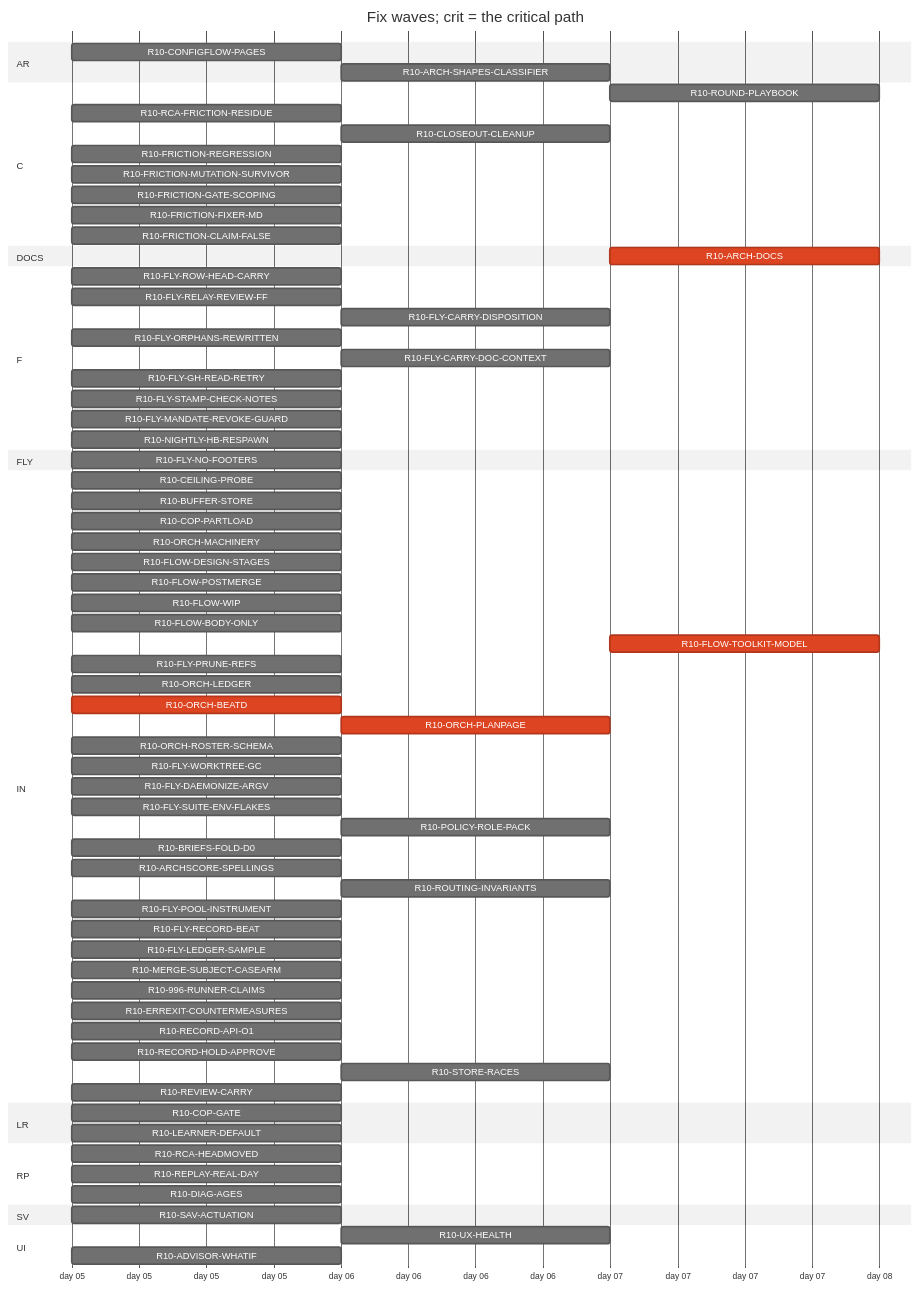
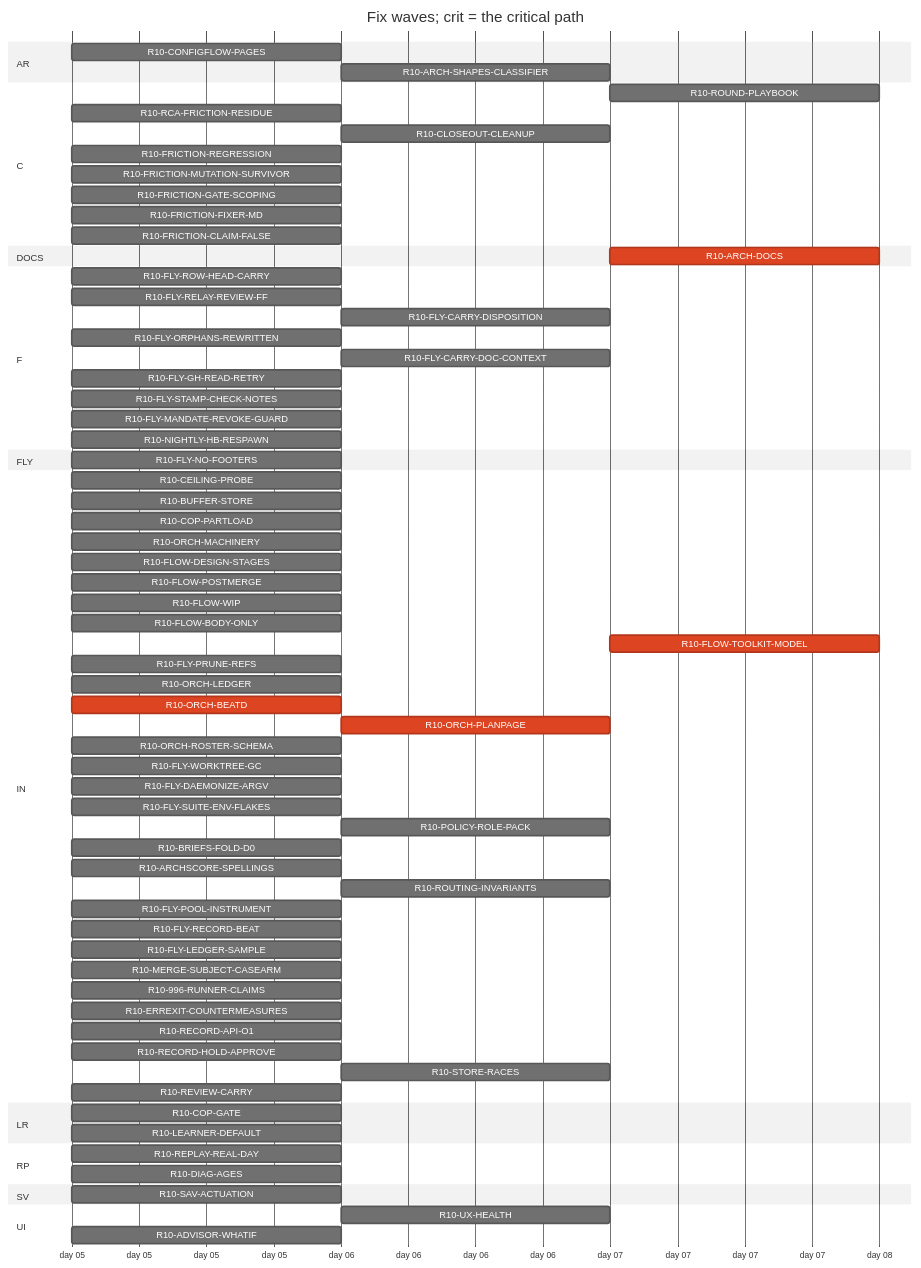
The diagram in handoff/round10/state/PLAN-TABLE.md (tvofi/heatpump_optimizer), drawn with Mermaid (neutral theme) before and after one commit. The commit also changed other lines of this file and 3 other files, not shown here.

Commit message:
state: FLOW-BOARD.md, NEXT-SESSION-PROMPT.md, PLAN-TABLE.md, RESUME-CURRENT.md regenerated (state_docs.py)

````diff
--- a/handoff/round10/state/PLAN-TABLE.md
+++ b/handoff/round10/state/PLAN-TABLE.md
@@ -23,76 +23,75 @@
 ```mermaid
 gantt
   title Fix waves; crit = the critical path
   dateFormat YYYY-MM-DD
   axisFormat day %d
   section AR
     R10-CONFIGFLOW-PAGES :r10CONFIGFLOWPAGES, 2026-01-05, 1d
     R10-ARCH-SHAPES-CLASSIFIER :r10ARCHSHAPESCLASSIFIER, after r10996RUNNERCLAIMS, 1d
   section C
     R10-ROUND-PLAYBOOK :r10ROUNDPLAYBOOK, after r10ORCHLEDGER r10ORCHBEATD r10ORCHPLANPAGE r10FLYRELAYREVIEWFF r10FLOWBODYONLY, 1d
     R10-RCA-FRICTION-RESIDUE :r10RCAFRICTIONRESIDUE, 2026-01-05, 1d
     R10-CLOSEOUT-CLEANUP :r10CLOSEOUTCLEANUP, after r10FLYPRUNEREFS r10FLYWORKTREEGC, 1d
     R10-FRICTION-REGRESSION :r10FRICTIONREGRESSION, 2026-01-05, 1d
     R10-FRICTION-MUTATION-SURVIVOR :r10FRICTIONMUTATIONSURVIVOR, 2026-01-05, 1d
     R10-FRICTION-GATE-SCOPING :r10FRICTIONGATESCOPING, 2026-01-05, 1d
     R10-FRICTION-FIXER-MD :r10FRICTIONFIXERMD, 2026-01-05, 1d
     R10-FRICTION-CLAIM-FALSE :r10FRICTIONCLAIMFALSE, 2026-01-05, 1d
   section DOCS
-    R10-ARCH-DOCS :crit, r10ARCHDOCS, after r10COPGATE r10UXHEALTH r10CONFIGFLOWPAGES r10RCAHEADMOVED r10CEILINGPROBE r10BUFFERSTORE r10COPPARTLOAD r10LEARNERDEFAULT r10FLOWDESIGNSTAGES r10FLOWPOSTMERGE r10FLOWWIP r10FLOWBODYONLY r10FLYROWHEADCARRY r10FLYRELAYREVIEWFF r10FLYCARRYDISPOSITION r10FLYORPHANSREWRITTEN r10FLYCARRYDOCCONTEXT r10FLOWTOOLKITMODEL r10FLYSTAMPCHECKNOTES r10FLYMANDATEREVOKEGUARD r10RCAFRICTIONRESIDUE r10NIGHTLYHBRESPAWN r10FLYPRUNEREFS r10ORCHLEDGER r10ORCHBEATD r10ORCHPLANPAGE r10ORCHROSTERSCHEMA r10FLYWORKTREEGC r10FLYDAEMONIZEARGV r10POLICYROLEPACK r10BRIEFSFOLDD0 r10REPLAYREALDAY r10ARCHSCORESPELLINGS r10SAVACTUATION r10FLYLEDGERSAMPLE, 1d
+    R10-ARCH-DOCS :crit, r10ARCHDOCS, after r10COPGATE r10UXHEALTH r10CONFIGFLOWPAGES r10CEILINGPROBE r10BUFFERSTORE r10COPPARTLOAD r10LEARNERDEFAULT r10FLOWDESIGNSTAGES r10FLOWPOSTMERGE r10FLOWWIP r10FLOWBODYONLY r10FLYROWHEADCARRY r10FLYRELAYREVIEWFF r10FLYCARRYDISPOSITION r10FLYORPHANSREWRITTEN r10FLYCARRYDOCCONTEXT r10FLOWTOOLKITMODEL r10FLYSTAMPCHECKNOTES r10FLYMANDATEREVOKEGUARD r10RCAFRICTIONRESIDUE r10NIGHTLYHBRESPAWN r10FLYPRUNEREFS r10ORCHLEDGER r10ORCHBEATD r10ORCHPLANPAGE r10ORCHROSTERSCHEMA r10FLYWORKTREEGC r10FLYDAEMONIZEARGV r10POLICYROLEPACK r10BRIEFSFOLDD0 r10REPLAYREALDAY r10ARCHSCORESPELLINGS r10SAVACTUATION r10FLYLEDGERSAMPLE, 1d
   section F
     R10-FLY-ROW-HEAD-CARRY :r10FLYROWHEADCARRY, 2026-01-05, 1d
     R10-FLY-RELAY-REVIEW-FF :r10FLYRELAYREVIEWFF, 2026-01-05, 1d
     R10-FLY-CARRY-DISPOSITION :r10FLYCARRYDISPOSITION, after r10FLYORPHANSREWRITTEN, 1d
     R10-FLY-ORPHANS-REWRITTEN :r10FLYORPHANSREWRITTEN, 2026-01-05, 1d
     R10-FLY-CARRY-DOC-CONTEXT :r10FLYCARRYDOCCONTEXT, after r10FLYGHREADRETRY, 1d
     R10-FLY-GH-READ-RETRY :r10FLYGHREADRETRY, 2026-01-05, 1d
     R10-FLY-STAMP-CHECK-NOTES :r10FLYSTAMPCHECKNOTES, 2026-01-05, 1d
     R10-FLY-MANDATE-REVOKE-GUARD :r10FLYMANDATEREVOKEGUARD, 2026-01-05, 1d
     R10-NIGHTLY-HB-RESPAWN :r10NIGHTLYHBRESPAWN, 2026-01-05, 1d
   section FLY
     R10-FLY-NO-FOOTERS :r10FLYNOFOOTERS, 2026-01-05, 1d
   section IN
     R10-CEILING-PROBE :r10CEILINGPROBE, 2026-01-05, 1d
     R10-BUFFER-STORE :r10BUFFERSTORE, 2026-01-05, 1d
     R10-COP-PARTLOAD :r10COPPARTLOAD, 2026-01-05, 1d
     R10-ORCH-MACHINERY :r10ORCHMACHINERY, 2026-01-05, 1d
     R10-FLOW-DESIGN-STAGES :r10FLOWDESIGNSTAGES, 2026-01-05, 1d
     R10-FLOW-POSTMERGE :r10FLOWPOSTMERGE, 2026-01-05, 1d
     R10-FLOW-WIP :r10FLOWWIP, 2026-01-05, 1d
     R10-FLOW-BODY-ONLY :r10FLOWBODYONLY, 2026-01-05, 1d
     R10-FLOW-TOOLKIT-MODEL :crit, r10FLOWTOOLKITMODEL, after r10ORCHPLANPAGE, 1d
     R10-FLY-PRUNE-REFS :r10FLYPRUNEREFS, 2026-01-05, 1d
     R10-ORCH-LEDGER :r10ORCHLEDGER, 2026-01-05, 1d
     R10-ORCH-BEATD :crit, r10ORCHBEATD, 2026-01-05, 1d
     R10-ORCH-PLANPAGE :crit, r10ORCHPLANPAGE, after r10ORCHBEATD, 1d
     R10-ORCH-ROSTER-SCHEMA :r10ORCHROSTERSCHEMA, 2026-01-05, 1d
     R10-FLY-WORKTREE-GC :r10FLYWORKTREEGC, 2026-01-05, 1d
     R10-FLY-DAEMONIZE-ARGV :r10FLYDAEMONIZEARGV, 2026-01-05, 1d
     R10-FLY-SUITE-ENV-FLAKES :r10FLYSUITEENVFLAKES, 2026-01-05, 1d
     R10-POLICY-ROLE-PACK :r10POLICYROLEPACK, after r10FLOWDESIGNSTAGES, 1d
     R10-BRIEFS-FOLD-D0 :r10BRIEFSFOLDD0, 2026-01-05, 1d
     R10-ARCHSCORE-SPELLINGS :r10ARCHSCORESPELLINGS, 2026-01-05, 1d
     R10-ROUTING-INVARIANTS :r10ROUTINGINVARIANTS, after r10ORCHROSTERSCHEMA, 1d
     R10-FLY-POOL-INSTRUMENT :r10FLYPOOLINSTRUMENT, 2026-01-05, 1d
     R10-FLY-RECORD-BEAT :r10FLYRECORDBEAT, 2026-01-05, 1d
     R10-FLY-LEDGER-SAMPLE :r10FLYLEDGERSAMPLE, 2026-01-05, 1d
     R10-MERGE-SUBJECT-CASEARM :r10MERGESUBJECTCASEARM, 2026-01-05, 1d
     R10-996-RUNNER-CLAIMS :r10996RUNNERCLAIMS, 2026-01-05, 1d
     R10-ERREXIT-COUNTERMEASURES :r10ERREXITCOUNTERMEASURES, 2026-01-05, 1d
     R10-RECORD-API-O1 :r10RECORDAPIO1, 2026-01-05, 1d
     R10-RECORD-HOLD-APPROVE :r10RECORDHOLDAPPROVE, 2026-01-05, 1d
     R10-STORE-RACES :r10STORERACES, after r10BUFFERSTORE, 1d
     R10-REVIEW-CARRY :r10REVIEWCARRY, 2026-01-05, 1d
   section LR
     R10-COP-GATE :r10COPGATE, 2026-01-05, 1d
     R10-LEARNER-DEFAULT :r10LEARNERDEFAULT, 2026-01-05, 1d
   section RP
-    R10-RCA-HEADMOVED :r10RCAHEADMOVED, 2026-01-05, 1d
     R10-REPLAY-REAL-DAY :r10REPLAYREALDAY, 2026-01-05, 1d
     R10-DIAG-AGES :r10DIAGAGES, 2026-01-05, 1d
   section SV
     R10-SAV-ACTUATION :r10SAVACTUATION, 2026-01-05, 1d
   section UI
     R10-UX-HEALTH :r10UXHEALTH, after r10COPGATE, 1d
     R10-ADVISOR-WHATIF :r10ADVISORWHATIF, 2026-01-05, 1d
 ```
````
